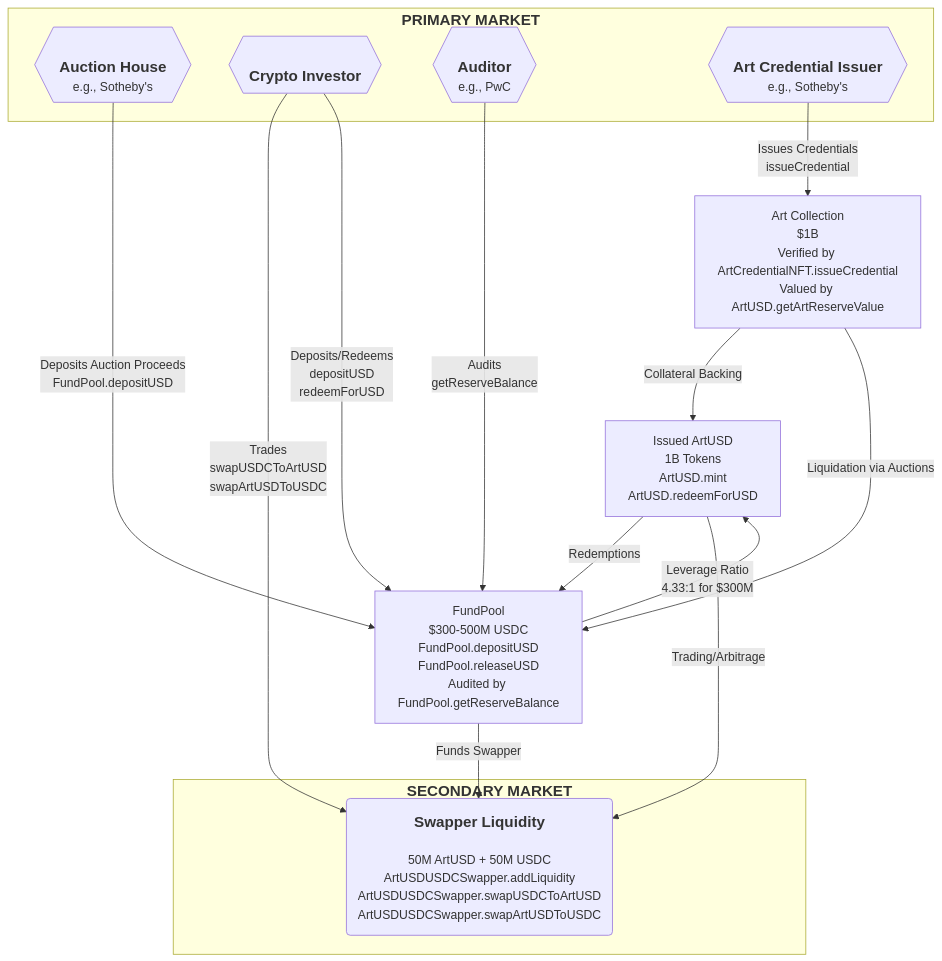
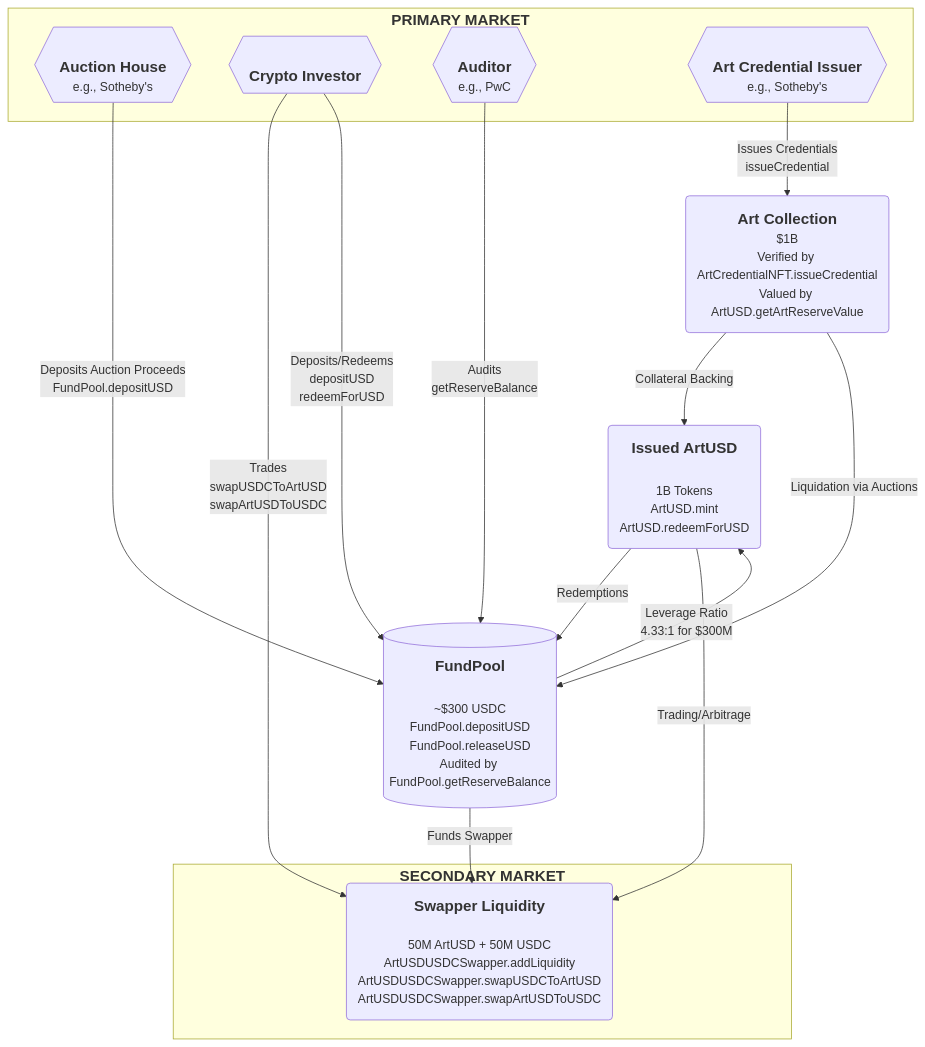
Before and after one commit to realmatterio/ArtUSD: the second of 2 diagrams in README.md, drawn with Mermaid.

````diff
--- a/README.md
+++ b/README.md
@@ -272,31 +272,35 @@
 ```mermaid
 
 graph TD
 
-    A[Art Collection<br>$1B<br>Verified by ArtCredentialNFT.issueCredential<br>Valued by ArtUSD.getArtReserveValue] -->|Collateral Backing| B[Issued ArtUSD<br>1B Tokens<br>ArtUSD.mint<br>ArtUSD.redeemForUSD]
-    A -->|Liquidation via Auctions| C[FundPool<br>$300-500M USDC<br>FundPool.depositUSD<br>FundPool.releaseUSD<br>Audited by FundPool.getReserveBalance]
-    
-    B -->|Redemptions| C
-    B -->|Trading/Arbitrage| D[Swapper Liquidity<br>50M ArtUSD + 50M USDC<br>ArtUSDUSDCSwapper.addLiquidity<br>ArtUSDUSDCSwapper.swapUSDCToArtUSD<br>ArtUSDUSDCSwapper.swapArtUSDToUSDC]
-    
-    C -->|Funds Swapper| D
-    C -->|Leverage Ratio<br>4.33:1 for $300M<br>| B
-    
-    E[Primary Market/Auction House<br>Sotheby's] -->|Deposits Auction Proceeds<br>FundPool.depositUSD| C
-    F[Crypto Investor] -->|Trades<br>swapUSDCToArtUSD<br>swapArtUSDToUSDC| D
-    F -->|Deposits/Redeems<br>depositUSD<br>redeemForUSD| C
-    G[Accounting Firm<br>PwC] -->|Audits<br>getReserveBalance| C
-    H[Art Verifiable Credential Issuer] -->|Issues Credentials<br>issueCredential| A
+    A(<b style="font-size: 20px;">Art Collection<br></b>$1B<br>Verified by ArtCredentialNFT.issueCredential<br>Valued by ArtUSD.getArtReserveValue)
+    B(<b style="font-size: 20px;">Issued ArtUSD<br><br></b>1B Tokens<br>ArtUSD.mint<br>ArtUSD.redeemForUSD)
+    C[(<b style="font-size: 20px;">FundPool<br><br></b>~$300 USDC<br>FundPool.depositUSD<br>FundPool.releaseUSD<br>Audited by FundPool.getReserveBalance)]
 
     subgraph "`<b style="font-size: 20px;">PRIMARY MARKET</b>`"
         E{{<b style="font-size: 20px;"><br>Auction House<br></b>e.g., Sotheby's}}
         F{{<b style="font-size: 20px;"><br>Crypto Investor</b>}}
         G{{<b style="font-size: 20px;"><br>Auditor<br></b>e.g., PwC}}
         H{{<b style="font-size: 20px;"><br>Art Credential Issuer<br></b>e.g., Sotheby's}}
     end
 
     subgraph "`<b style="font-size: 20px;">SECONDARY MARKET</b>`"
         D(<b style="font-size: 20px;">Swapper Liquidity<br></b><br>50M ArtUSD + 50M USDC<br>ArtUSDUSDCSwapper.addLiquidity<br>ArtUSDUSDCSwapper.swapUSDCToArtUSD<br>ArtUSDUSDCSwapper.swapArtUSDToUSDC)
     end
 
+    A -->|Collateral Backing| B
+    A -->|Liquidation via Auctions| C
+    
+    B -->|Redemptions| C
+    B -->|Trading/Arbitrage| D
+    
+    C -->|Funds Swapper| D
+    C -->|Leverage Ratio<br>4.33:1 for $300M<br>| B
+    
+    E -->|Deposits Auction Proceeds<br>FundPool.depositUSD| C
+    F -->|Trades<br>swapUSDCToArtUSD<br>swapArtUSDToUSDC| D
+    F -->|Deposits/Redeems<br>depositUSD<br>redeemForUSD| C
+    G -->|Audits<br>getReserveBalance| C
+    H -->|Issues Credentials<br>issueCredential| A
+
 ```
````
